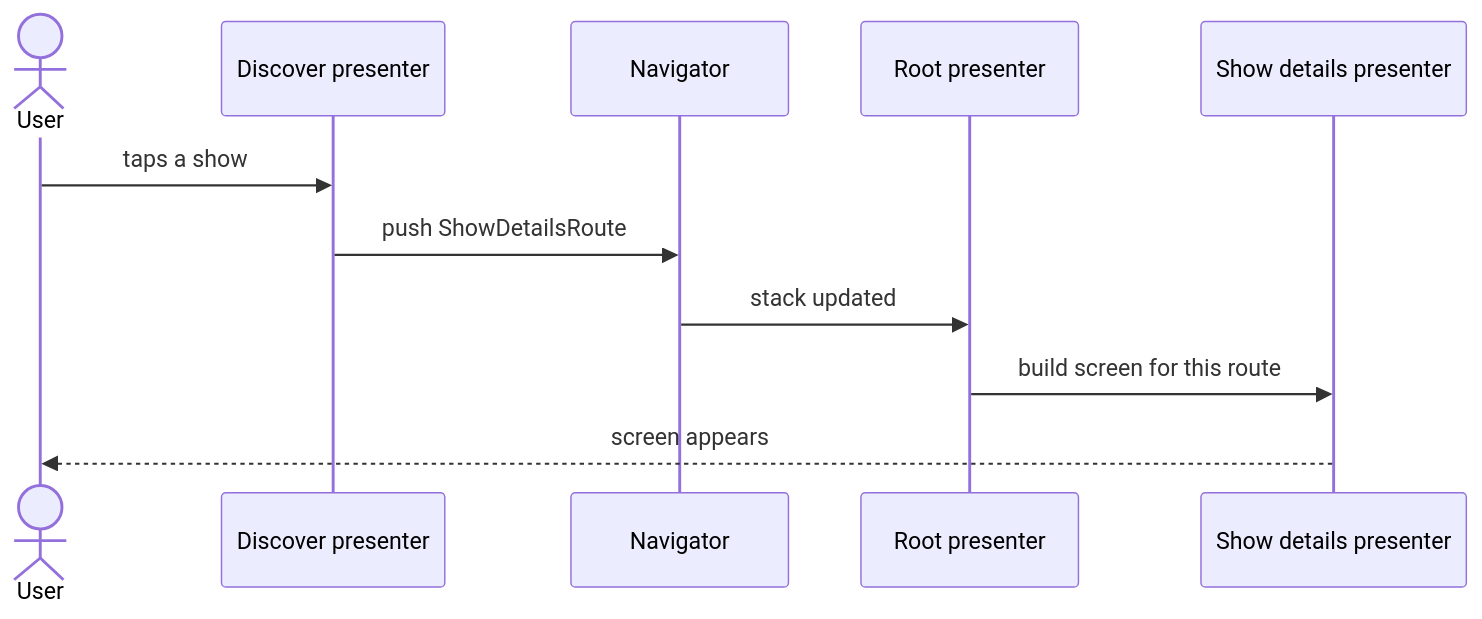
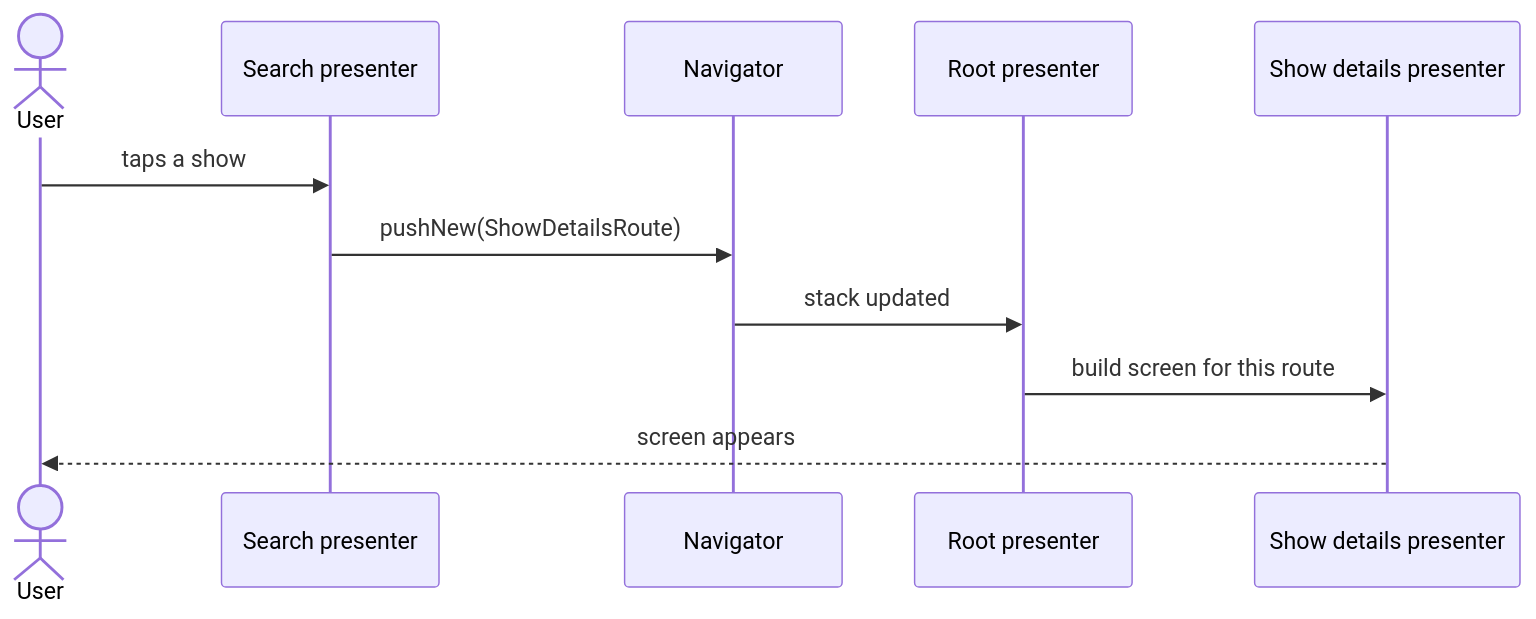
The first of 2 diagrams in docs/architecture/navigation.md (thomaskioko/tv-maniac), drawn with Mermaid before and after one commit. The commit also changed other lines of this file and 77 other files, not shown here.

````diff
--- a/docs/architecture/navigation.md
+++ b/docs/architecture/navigation.md
@@ -209,14 +398,14 @@
 ```mermaid
 sequenceDiagram
     actor User
-    participant Discover as Discover presenter
+    participant Search as Search presenter
     participant Navigator as Navigator
     participant Root as Root presenter
     participant ShowDetails as Show details presenter
 
-    User->>Discover: taps a show
-    Discover->>Navigator: push ShowDetailsRoute
+    User->>Search: taps a show
+    Search->>Navigator: pushNew(ShowDetailsRoute)
     Navigator->>Root: stack updated
     Root->>ShowDetails: build screen for this route
     ShowDetails-->>User: screen appears
 ```
````
